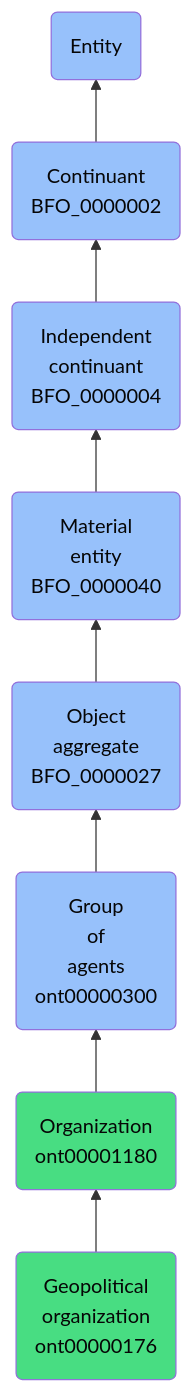
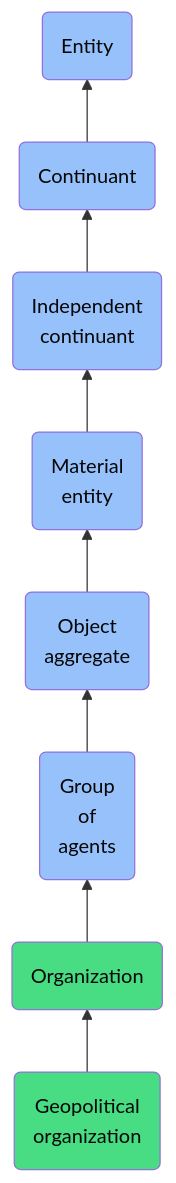
The diagram in docs/ontology/reference/model/Entity/Continuant/Independent continuant/Material entity/Object aggregate/Group of agents/Organization/Geopolitical organization/Geopolitical organization.md (jupyter-naas/abi), drawn with Mermaid before and after one commit. The commit also changed other lines of this file and 1430 other files, not shown here.

````diff
--- a/docs/ontology/reference/model/Entity/Continuant/Independent continuant/Material entity/Object aggregate/Group of agents/Organization/Geopolitical organization/Geopolitical organization.md
+++ b/docs/ontology/reference/model/Entity/Continuant/Independent continuant/Material entity/Object aggregate/Group of agents/Organization/Geopolitical organization/Geopolitical organization.md
@@ -24,15 +24,15 @@
 ```mermaid
 graph BT
-    ont00000176(Geopolitical<br>organization<br>ont00000176):::ABI-->ont00001180
-    ont00001180(Organization<br>ont00001180):::ABI-->ont00000300
-    ont00000300(Group<br>of<br>agents<br>ont00000300):::BFO-->BFO_0000027
-    BFO_0000027(Object<br>aggregate<br>BFO_0000027):::BFO-->BFO_0000040
-    BFO_0000040(Material<br>entity<br>BFO_0000040):::BFO-->BFO_0000004
-    BFO_0000004(Independent<br>continuant<br>BFO_0000004):::BFO-->BFO_0000002
-    BFO_0000002(Continuant<br>BFO_0000002):::BFO-->BFO_0000001
+    ont00000176(Geopolitical<br>organization):::ABI-->ont00001180
+    ont00001180(Organization):::ABI-->ont00000300
+    ont00000300(Group<br>of<br>agents):::BFO-->BFO_0000027
+    BFO_0000027(Object<br>aggregate):::BFO-->BFO_0000040
+    BFO_0000040(Material<br>entity):::BFO-->BFO_0000004
+    BFO_0000004(Independent<br>continuant):::BFO-->BFO_0000002
+    BFO_0000002(Continuant):::BFO-->BFO_0000001
     BFO_0000001(Entity):::BFO
     
     classDef BFO fill:#97c1fb,color:#060606
     classDef CCO fill:#e4c51e,color:#060606
     classDef ABI fill:#48DD82,color:#060606
 ```
````
